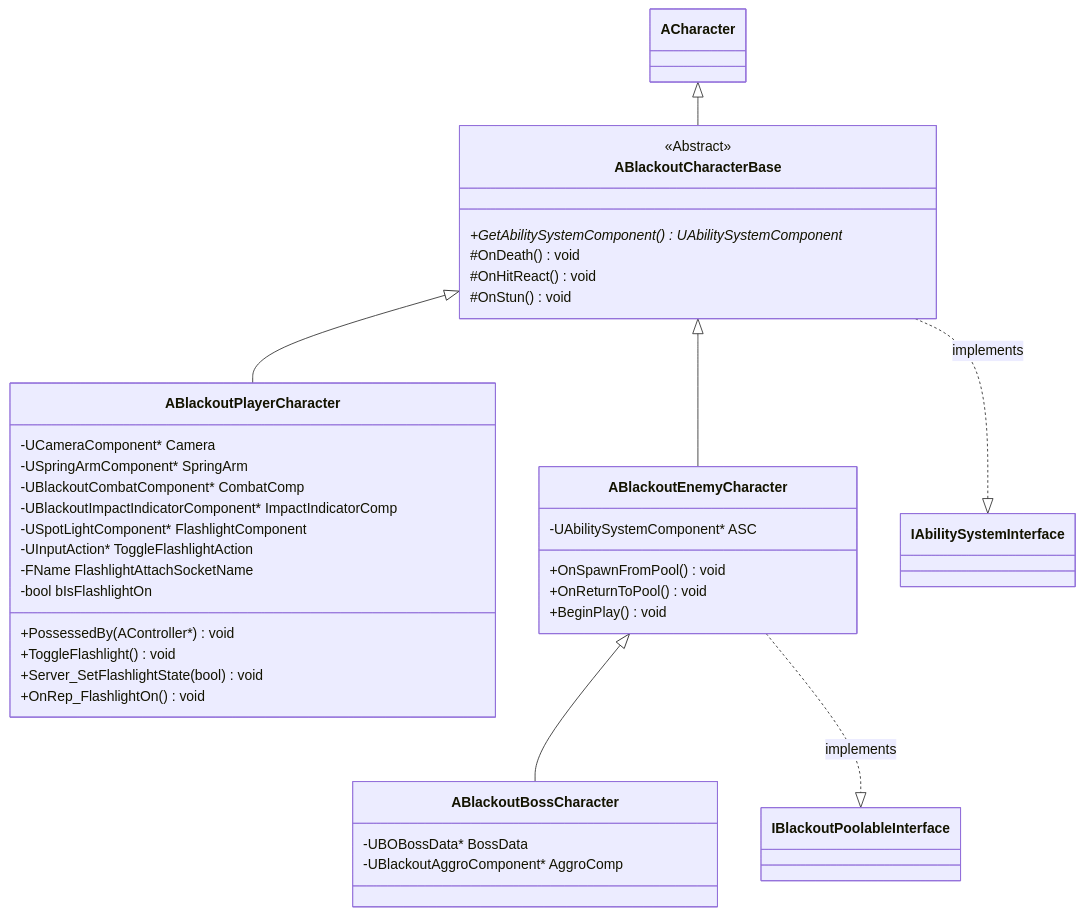
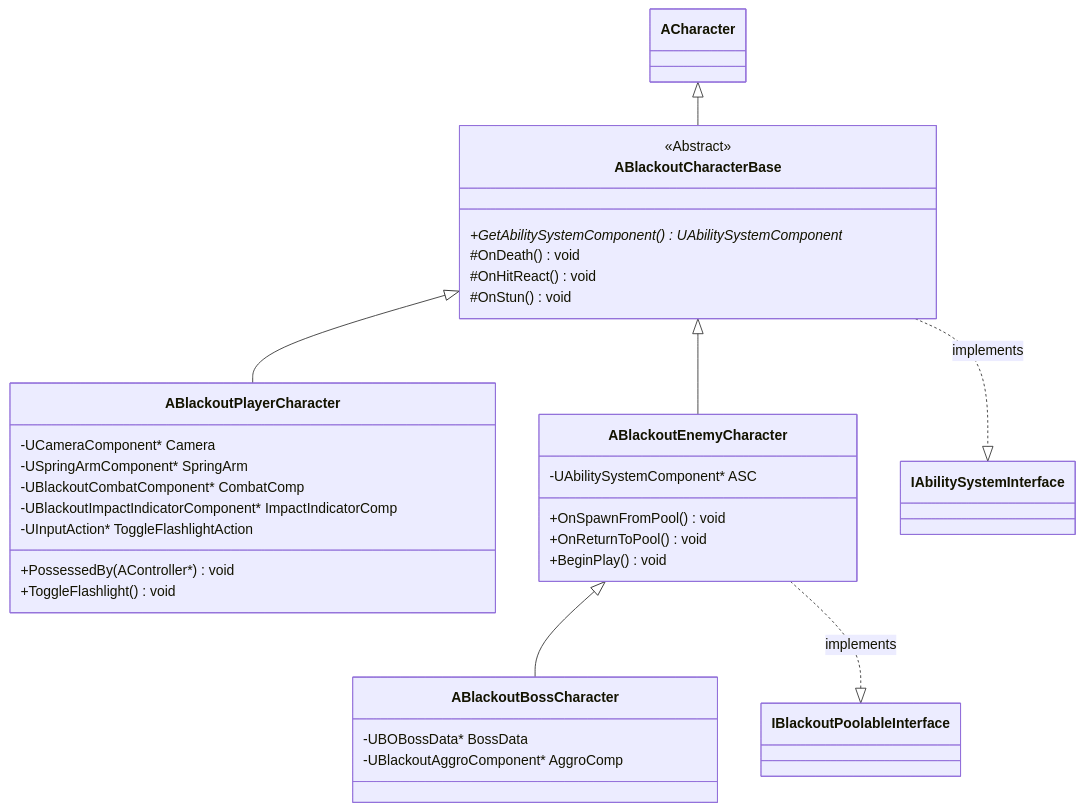
Before and after one commit to seongwon1579/ProjectBlackout: the first of 14 diagrams in Docs/Project_Blackout_클래스다이어그램.md, drawn with Mermaid. The commit also changed 34 other files, not shown here.

````diff
--- a/Docs/Project_Blackout_클래스다이어그램.md
+++ b/Docs/Project_Blackout_클래스다이어그램.md
@@ -11,48 +11,43 @@
 ```mermaid
 classDiagram
     direction TB
 
     ACharacter <|-- ABlackoutCharacterBase
     ABlackoutCharacterBase <|-- ABlackoutPlayerCharacter
     ABlackoutCharacterBase <|-- ABlackoutEnemyCharacter
     ABlackoutEnemyCharacter <|-- ABlackoutBossCharacter
 
     ABlackoutCharacterBase ..|> IAbilitySystemInterface : implements
 
     class ABlackoutCharacterBase {
         <<Abstract>>
         +GetAbilitySystemComponent() UAbilitySystemComponent*
         #OnDeath() void
         #OnHitReact() void
         #OnStun() void
     }
 
     class ABlackoutPlayerCharacter {
         -UCameraComponent* Camera
         -USpringArmComponent* SpringArm
         -UBlackoutCombatComponent* CombatComp
         -UBlackoutImpactIndicatorComponent* ImpactIndicatorComp
-        -USpotLightComponent* FlashlightComponent
         -UInputAction* ToggleFlashlightAction
-        -FName FlashlightAttachSocketName
-        -bool bIsFlashlightOn
         +PossessedBy(AController*) void
         +ToggleFlashlight() void
-        +Server_SetFlashlightState(bool) void
-        +OnRep_FlashlightOn() void
     }
 
     class ABlackoutEnemyCharacter {
         -UAbilitySystemComponent* ASC
         +OnSpawnFromPool() void
         +OnReturnToPool() void
         +BeginPlay() void
     }
 
     class ABlackoutBossCharacter {
         -UBOBossData* BossData
         -UBlackoutAggroComponent* AggroComp
     }
 
     ABlackoutEnemyCharacter ..|> IBlackoutPoolableInterface : implements
 ```
````
